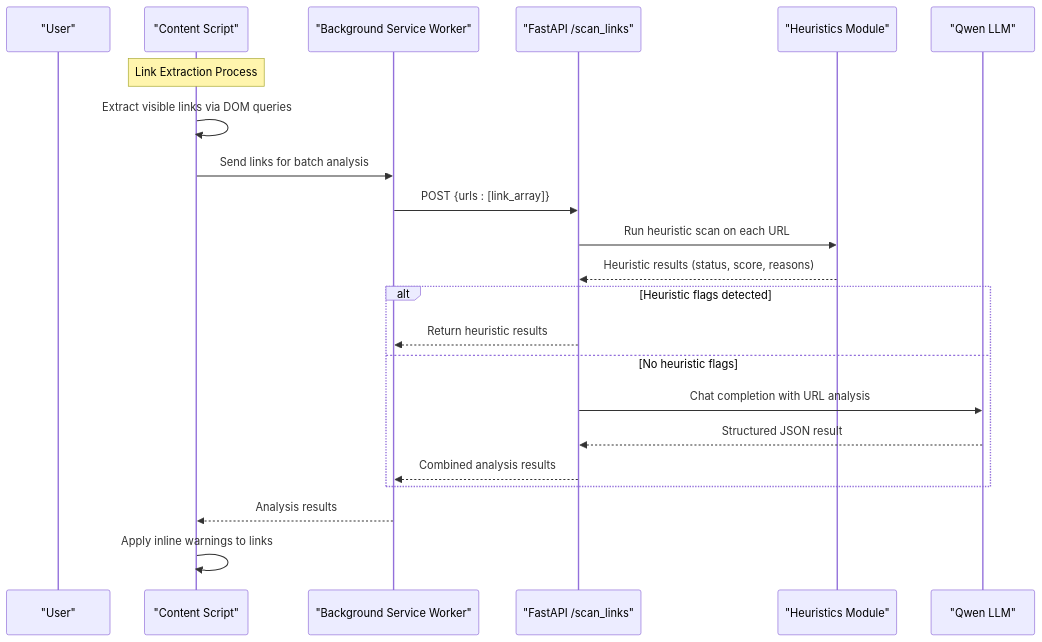
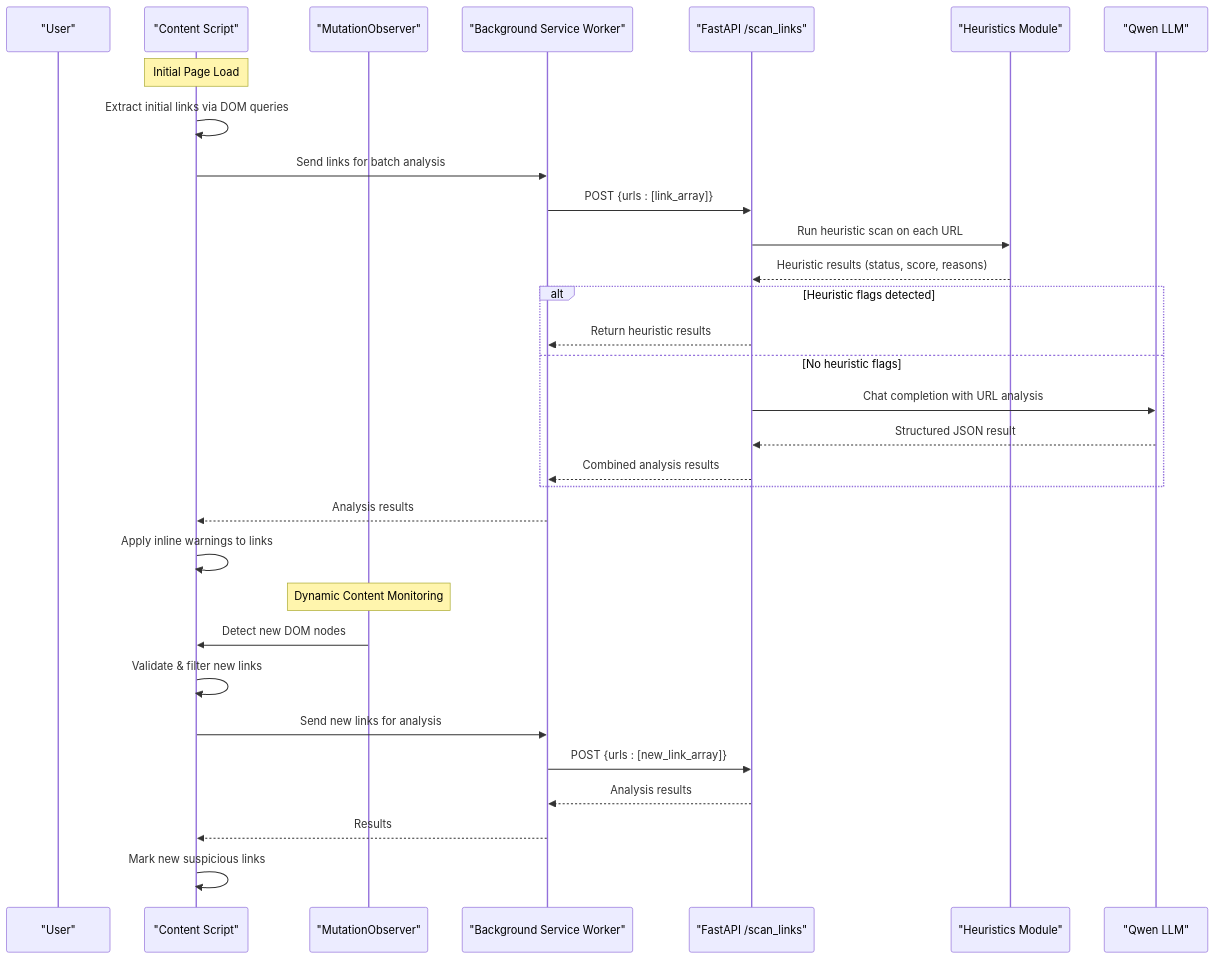
One commit to Aymanaahh/scrollguard-ai changed the second of 7 diagrams in .qoder/repowiki/en/content/Chrome Extension Development.md. Above: the diagram before and after it, drawn with Mermaid. The commit also changed other lines of this file and 18 other files, not shown here.

````diff
--- a/.qoder/repowiki/en/content/Chrome Extension Development.md
+++ b/.qoder/repowiki/en/content/Chrome Extension Development.md
@@ -110,24 +112,33 @@
 ```mermaid
 sequenceDiagram
 participant User as "User"
 participant CS as "Content Script"
+participant MO as "MutationObserver"
 participant BG as "Background Service Worker"
 participant API as "FastAPI /scan_links"
 participant HEUR as "Heuristics Module"
 participant LLM as "Qwen LLM"
-Note over CS : Link Extraction Process
-CS->>CS : Extract visible links via DOM queries
+Note over CS : Initial Page Load
+CS->>CS : Extract initial links via DOM queries
 CS->>BG : Send links for batch analysis
 BG->>API : POST {urls : [link_array]}
 API->>HEUR : Run heuristic scan on each URL
 HEUR-->>API : Heuristic results (status, score, reasons)
 alt Heuristic flags detected
 API-->>BG : Return heuristic results
 else No heuristic flags
 API->>LLM : Chat completion with URL analysis
 LLM-->>API : Structured JSON result
 API-->>BG : Combined analysis results
 end
 BG-->>CS : Analysis results
 CS->>CS : Apply inline warnings to links
+Note over MO : Dynamic Content Monitoring
+MO->>CS : Detect new DOM nodes
+CS->>CS : Validate & filter new links
+CS->>BG : Send new links for analysis
+BG->>API : POST {urls : [new_link_array]}
+API-->>BG : Analysis results
+BG-->>CS : Results
+CS->>CS : Mark new suspicious links
 ```
````
